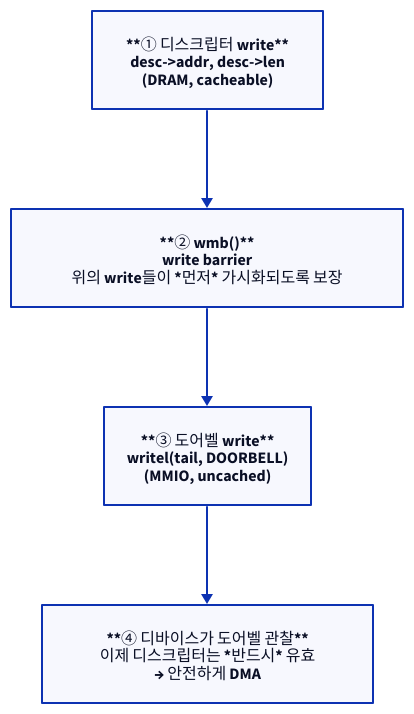
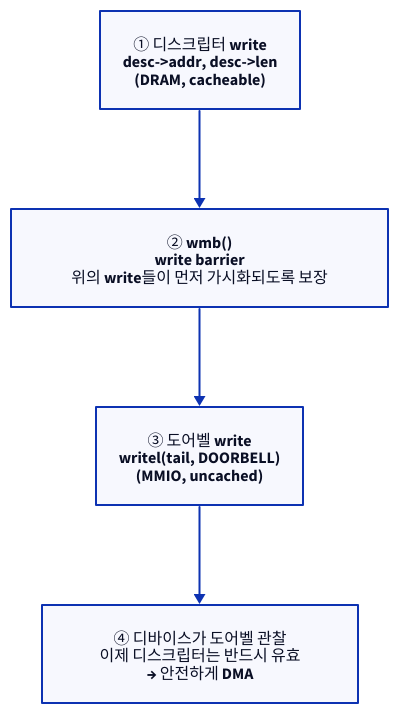
Before and after one commit to humbleowl39/DV_SKOOL: the second of 2 diagrams in starlight_site/src/content/docs/hw_sw_interaction/02_side_effects_barriers.md, drawn with D2. The commit also changed other lines of this file and 714 other files, not shown here.

First line of the commit message:
fix(site): d2 다이어그램 가독성 결함 6종 일괄 수정

````diff
--- a/starlight_site/src/content/docs/hw_sw_interaction/02_side_effects_barriers.md
+++ b/starlight_site/src/content/docs/hw_sw_interaction/02_side_effects_barriers.md
@@ -77,9 +77,9 @@
 ```d2
 direction: down
 
-S1: "**① 디스크립터 write**\ndesc->addr, desc->len\n(DRAM, cacheable)"
-S2: "**② wmb()**\nwrite barrier\n위의 write들이 *먼저* 가시화되도록 보장"
-S3: "**③ 도어벨 write**\nwritel(tail, DOORBELL)\n(MMIO, uncached)"
-S4: "**④ 디바이스가 도어벨 관찰**\n이제 디스크립터는 *반드시* 유효\n→ 안전하게 DMA"
+S1: "① 디스크립터 write\ndesc->addr, desc->len\n(DRAM, cacheable)"
+S2: "② wmb()\nwrite barrier\n위의 write들이 먼저 가시화되도록 보장"
+S3: "③ 도어벨 write\nwritel(tail, DOORBELL)\n(MMIO, uncached)"
+S4: "④ 디바이스가 도어벨 관찰\n이제 디스크립터는 반드시 유효\n→ 안전하게 DMA"
 S1 -> S2 -> S3 -> S4
 ```
````
